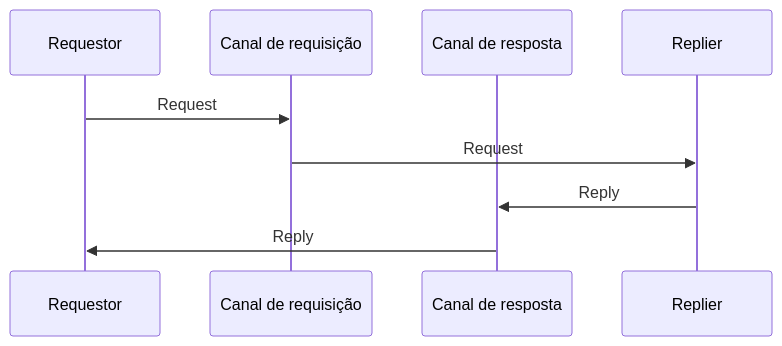
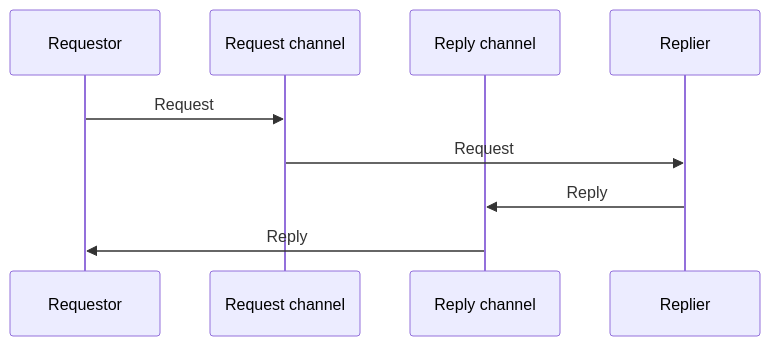
The diagram in docs/architecture/eip/message-construction/request-reply.md (alancesar/design-patterns), drawn with Mermaid before and after one commit. The commit also changed 258 other files, not shown here.

First line of the commit message:
Translate Mermaid diagrams to English

````diff
--- a/docs/architecture/eip/message-construction/request-reply.md
+++ b/docs/architecture/eip/message-construction/request-reply.md
@@ -53,11 +53,11 @@
 ```mermaid
 sequenceDiagram
     participant Req as Requestor
-    participant CReq as Canal de requisição
-    participant CRep as Canal de resposta
+    participant CReq as Request channel
+    participant CRep as Reply channel
     participant Rep as Replier
     Req->>CReq: Request
     CReq->>Rep: Request
     Rep->>CRep: Reply
     CRep->>Req: Reply
 ```
````
